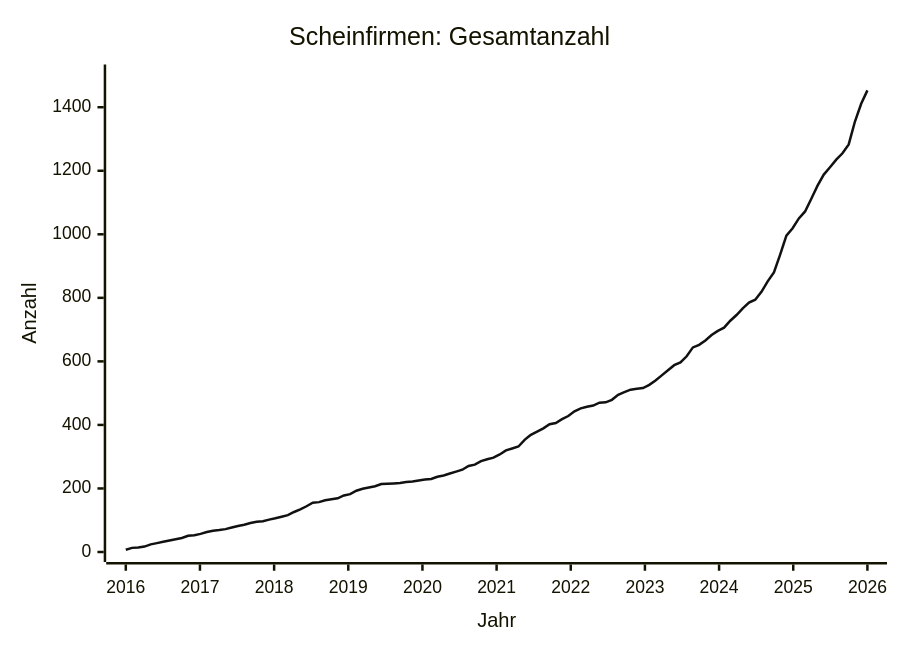
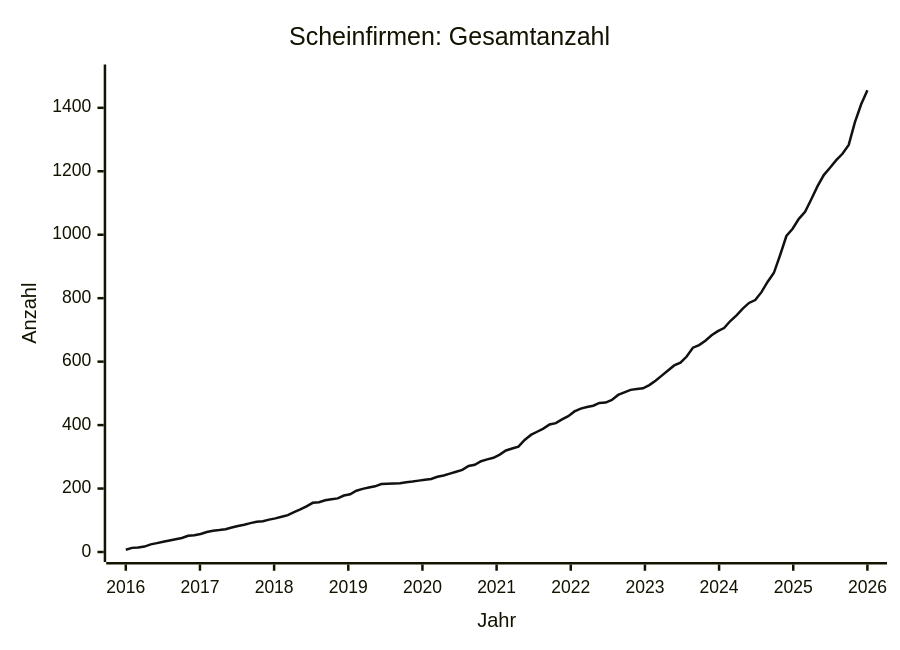
The diagram in data/STATS.md (arjoma/scheinfirmen-at), drawn with Mermaid before and after one commit. The commit also changed other lines of this file and 3 other files, not shown here.

````diff
--- a/data/STATS.md
+++ b/data/STATS.md
@@ -9,13 +9,13 @@
 ```mermaid
 ---
 config:
   themeVariables:
     xyChart:
       plotColorPalette: "#111111"
 ---
 xychart-beta
     title "Scheinfirmen: Gesamtanzahl"
     x-axis "Jahr" 2016 --> 2026
-    y-axis "Anzahl" 0 --> 1503
-    line [7, 13, 14, 17, 24, 28, 32, 36, 40, 44, 51, 53, 57, 63, 67, 69, 72, 77, 82, 86, 91, 95, 97, 102, 106, 111, 116, 126, 134, 144, 155, 157, 163, 166, 169, 178, 182, 193, 199, 203, 207, 214, 215, 216, 217, 220, 222, 225, 228, 230, 237, 241, 247, 253, 259, 271, 275, 286, 292, 297, 307, 320, 326, 332, 353, 369, 379, 389, 402, 406, 418, 428, 443, 452, 457, 461, 470, 471, 479, 495, 503, 511, 514, 516, 526, 540, 556, 572, 588, 597, 616, 644, 652, 666, 683, 696, 706, 728, 746, 767, 785, 794, 819, 852, 880, 936, 996, 1019, 1050, 1072, 1112, 1153, 1188, 1211, 1235, 1255, 1283, 1355, 1411, 1453]
+    y-axis "Anzahl" 0 --> 1505
+    line [7, 13, 14, 17, 24, 28, 32, 36, 40, 44, 51, 53, 57, 63, 67, 69, 72, 77, 82, 86, 91, 95, 97, 102, 106, 111, 116, 126, 134, 144, 155, 157, 163, 166, 169, 178, 182, 193, 199, 203, 207, 214, 215, 216, 217, 220, 222, 225, 228, 230, 237, 241, 247, 253, 259, 271, 275, 286, 292, 297, 307, 320, 326, 332, 353, 369, 379, 389, 402, 406, 418, 428, 443, 452, 457, 461, 470, 471, 479, 495, 503, 511, 514, 516, 526, 540, 556, 572, 588, 597, 616, 644, 652, 666, 683, 696, 706, 728, 746, 767, 785, 794, 819, 852, 880, 936, 996, 1019, 1050, 1072, 1112, 1153, 1188, 1211, 1235, 1255, 1283, 1355, 1411, 1455]
 ```
````
